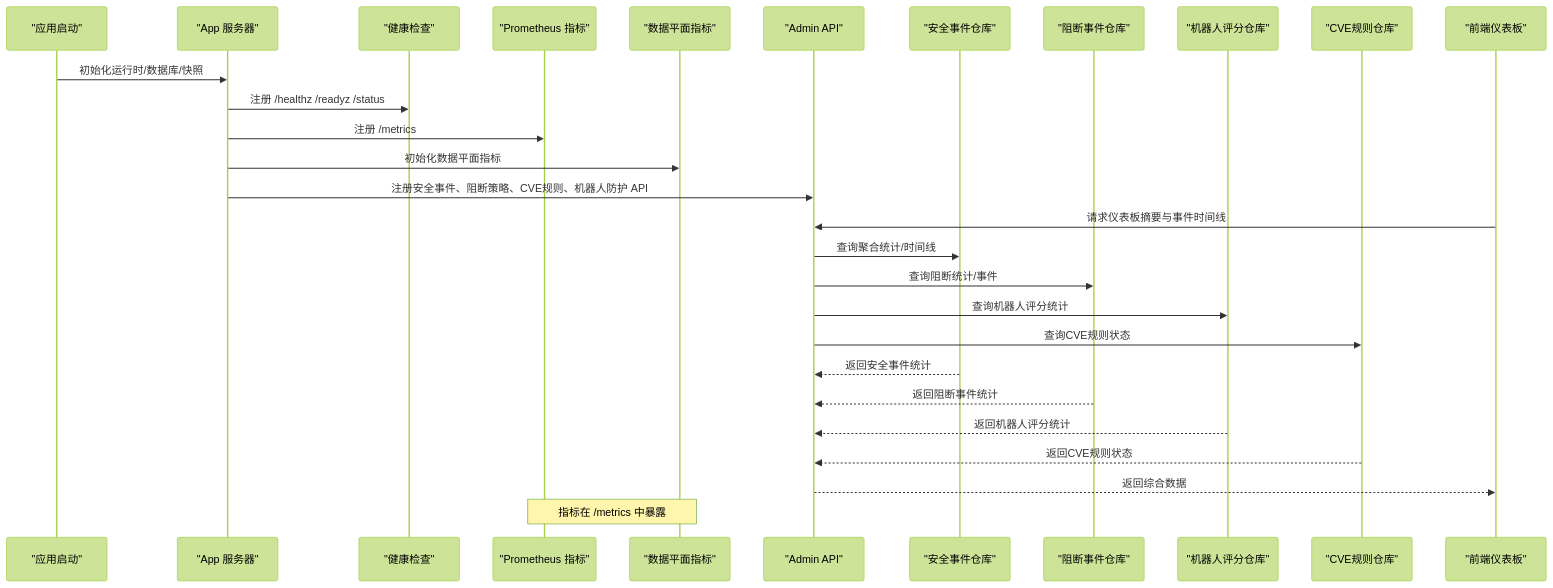
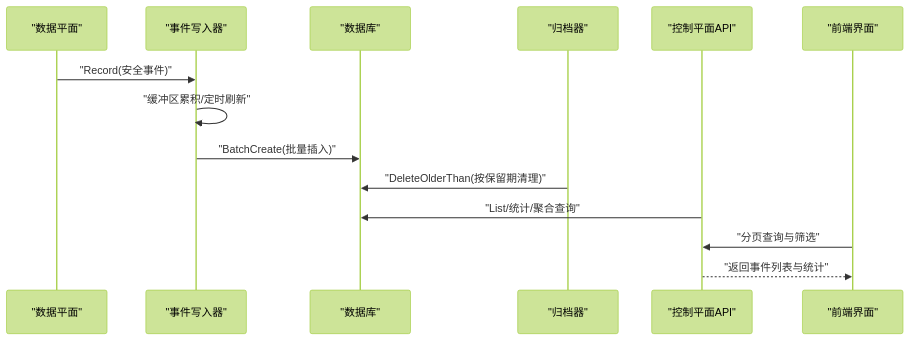
The second of 8 diagrams in docs/监控与可观测性/监控与可观测性.md (x01n/My-OpenWaf), drawn with Mermaid (forest theme) before and after one commit. The commit also changed other lines of this file and 199 other files, not shown here.

````diff
--- a/docs/监控与可观测性/监控与可观测性.md
+++ b/docs/监控与可观测性/监控与可观测性.md
@@ -155,30 +105,16 @@
 ```mermaid
 sequenceDiagram
-participant Boot as "应用启动"
-participant App as "App 服务器"
-participant HC as "健康检查"
-participant PM as "Prometheus 指标"
-participant DP as "数据平面指标"
-participant API as "Admin API"
-participant Repo as "安全事件仓库"
-participant DropRepo as "阻断事件仓库"
-participant BotRepo as "机器人评分仓库"
-participant CVERepo as "CVE规则仓库"
-participant FE as "前端仪表板"
-Boot->>App : 初始化运行时/数据库/快照
-App->>HC : 注册 /healthz /readyz /status
-App->>PM : 注册 /metrics
-App->>DP : 初始化数据平面指标
-App->>API : 注册安全事件、阻断策略、CVE规则、机器人防护 API
-FE->>API : 请求仪表板摘要与事件时间线
-API->>Repo : 查询聚合统计/时间线
-API->>DropRepo : 查询阻断统计/事件
-API->>BotRepo : 查询机器人评分统计
-API->>CVERepo : 查询CVE规则状态
-Repo-->>API : 返回安全事件统计
-DropRepo-->>API : 返回阻断事件统计
-BotRepo-->>API : 返回机器人评分统计
-CVERepo-->>API : 返回CVE规则状态
-API-->>FE : 返回综合数据
-Note over PM,DP : 指标在 /metrics 中暴露
+participant DP as "数据平面"
+participant EW as "事件写入器"
+participant DB as "数据库"
+participant AR as "归档器"
+participant API as "控制平面API"
+participant UI as "前端界面"
+DP->>EW : "Record(安全事件)"
+EW->>EW : "缓冲区累积/定时刷新"
+EW->>DB : "BatchCreate(批量插入)"
+AR->>DB : "DeleteOlderThan(按保留期清理)"
+API->>DB : "List/统计/聚合查询"
+UI->>API : "分页查询与筛选"
+API-->>UI : "返回事件列表与统计"
 ```
````
